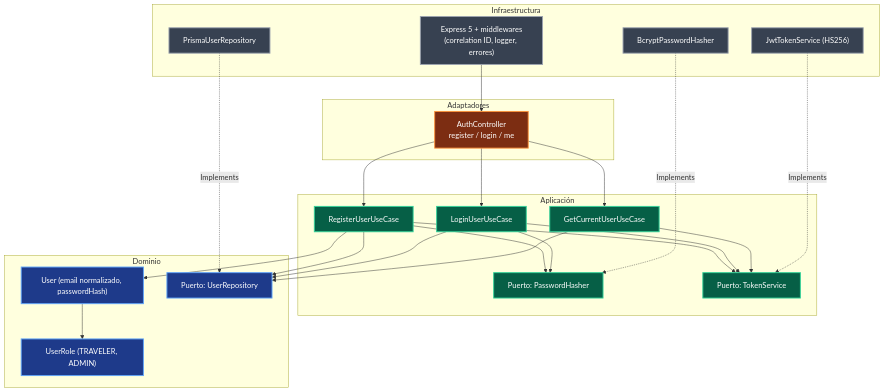
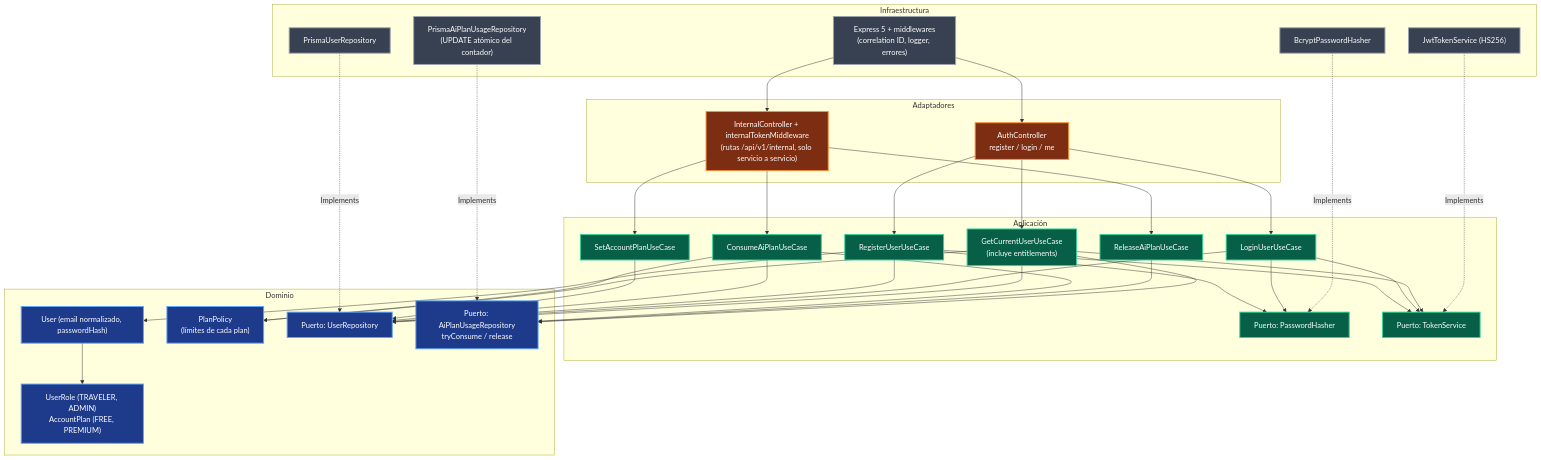
One commit to ALEXYSALCED0/Wayvo changed the first of 10 diagrams in docs/c4/c4-level3-components.md. Above: the diagram before and after it, drawn with Mermaid. The commit also changed other lines of this file and 5 other files, not shown here.

````diff
--- a/docs/c4/c4-level3-components.md
+++ b/docs/c4/c4-level3-components.md
@@ -34,53 +34,72 @@
 ```mermaid
 flowchart TD
     classDef domain fill:#1e3a8a,stroke:#60a5fa,stroke-width:2px,color:#ffffff;
     classDef app fill:#065f46,stroke:#34d399,stroke-width:2px,color:#ffffff;
     classDef adapter fill:#7c2d12,stroke:#fb923c,stroke-width:2px,color:#ffffff;
     classDef infra fill:#374151,stroke:#9ca3af,stroke-width:2px,color:#ffffff;
 
     subgraph InfraLayer["Infraestructura"]
         Express["Express 5 + middlewares<br/>(correlation ID, logger, errores)"]:::infra
         Bcrypt["BcryptPasswordHasher"]:::infra
         Jwt["JwtTokenService (HS256)"]:::infra
         PrismaUser["PrismaUserRepository"]:::infra
+        PrismaUsage["PrismaAiPlanUsageRepository<br/>(UPDATE atómico del contador)"]:::infra
     end
 
     subgraph AdapterLayer["Adaptadores"]
         AuthCtrl["AuthController<br/>register / login / me"]:::adapter
+        InternalCtrl["InternalController + internalTokenMiddleware<br/>(rutas /api/v1/internal, solo servicio a servicio)"]:::adapter
     end
 
     subgraph AppLayer["Aplicación"]
         RegisterUC["RegisterUserUseCase"]:::app
         LoginUC["LoginUserUseCase"]:::app
-        MeUC["GetCurrentUserUseCase"]:::app
+        MeUC["GetCurrentUserUseCase<br/>(incluye entitlements)"]:::app
+        SetPlanUC["SetAccountPlanUseCase"]:::app
+        ConsumeUC["ConsumeAiPlanUseCase"]:::app
+        ReleaseUC["ReleaseAiPlanUseCase"]:::app
         HasherPort["Puerto: PasswordHasher"]:::app
         TokenPort["Puerto: TokenService"]:::app
     end
 
     subgraph DomainLayer["Dominio"]
         UserEntity["User (email normalizado, passwordHash)"]:::domain
-        RoleEnum["UserRole (TRAVELER, ADMIN)"]:::domain
+        RoleEnum["UserRole (TRAVELER, ADMIN)<br/>AccountPlan (FREE, PREMIUM)"]:::domain
+        PlanPolicyNode["PlanPolicy<br/>(límites de cada plan)"]:::domain
         UserRepoPort["Puerto: UserRepository"]:::domain
+        UsageRepoPort["Puerto: AiPlanUsageRepository<br/>tryConsume / release"]:::domain
     end
 
     Express --> AuthCtrl
+    Express --> InternalCtrl
+    InternalCtrl --> SetPlanUC
+    InternalCtrl --> ConsumeUC
+    InternalCtrl --> ReleaseUC
+    SetPlanUC --> UserRepoPort
+    ConsumeUC --> UserRepoPort
+    ConsumeUC --> UsageRepoPort
+    ConsumeUC --> PlanPolicyNode
+    ReleaseUC --> UsageRepoPort
+    MeUC --> UsageRepoPort
+    MeUC --> PlanPolicyNode
+    PrismaUsage -.->|Implements| UsageRepoPort
     AuthCtrl --> RegisterUC
     AuthCtrl --> LoginUC
     AuthCtrl --> MeUC
 
     RegisterUC --> HasherPort
     RegisterUC --> TokenPort
     RegisterUC --> UserRepoPort
     LoginUC --> HasherPort
     LoginUC --> TokenPort
     LoginUC --> UserRepoPort
     MeUC --> TokenPort
     MeUC --> UserRepoPort
 
     Bcrypt -.->|Implements| HasherPort
     Jwt -.->|Implements| TokenPort
     PrismaUser -.->|Implements| UserRepoPort
 
     RegisterUC --> UserEntity
     UserEntity --> RoleEnum
 ```
````
